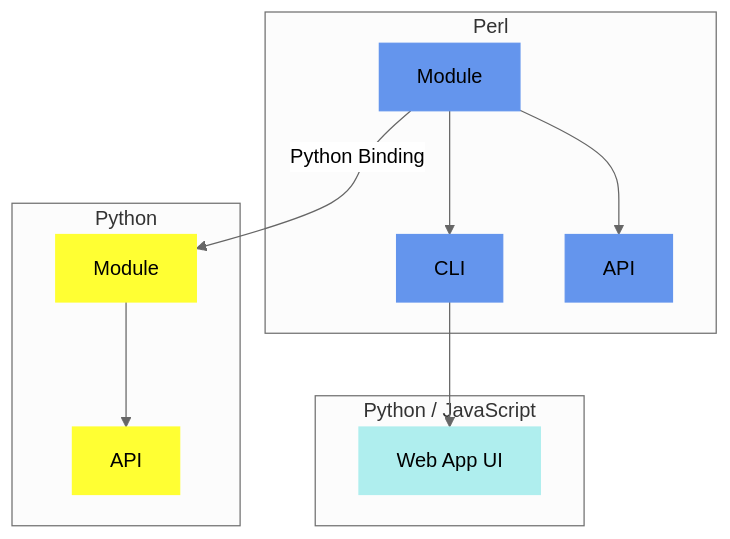
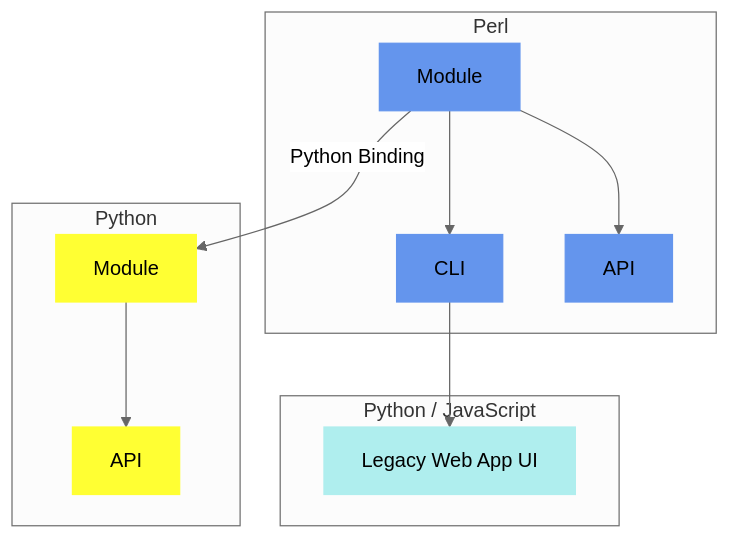
One commit to CNAG-Biomedical-Informatics/convert-pheno changed the diagram in docs-site/docs/implementation.md. Above: the diagram before and after it, drawn with Mermaid. The commit also changed other lines of this file and 9 other files, not shown here.

````diff
--- a/docs-site/docs/implementation.md
+++ b/docs-site/docs/implementation.md
@@ -11,25 +11,25 @@
 ```mermaid
 %%{init: {'theme':'neutral'}}%%
 graph TB
   subgraph "Perl"
   A[Module]--> B[CLI]
   A[Module]--> C[API]
   end
 
   subgraph "Python / JavaScript"
-  B --> D[Web App UI]
+  B --> D[Legacy Web App UI]
   end
 
   subgraph "Python"
   A --> |Python Binding| E[Module]
   E --> F[API]
   end
 
 
   style A fill: #6495ED, stroke: #6495ED
   style B fill: #6495ED, stroke: #6495ED
   style C fill: #6495ED, stroke: #6495ED
   style D fill: #AFEEEE, stroke: #AFEEEE
   style E fill: #FFFF33, stroke: #FFFF33
   style F fill: #FFFF33, stroke: #FFFF33
 ```
````
